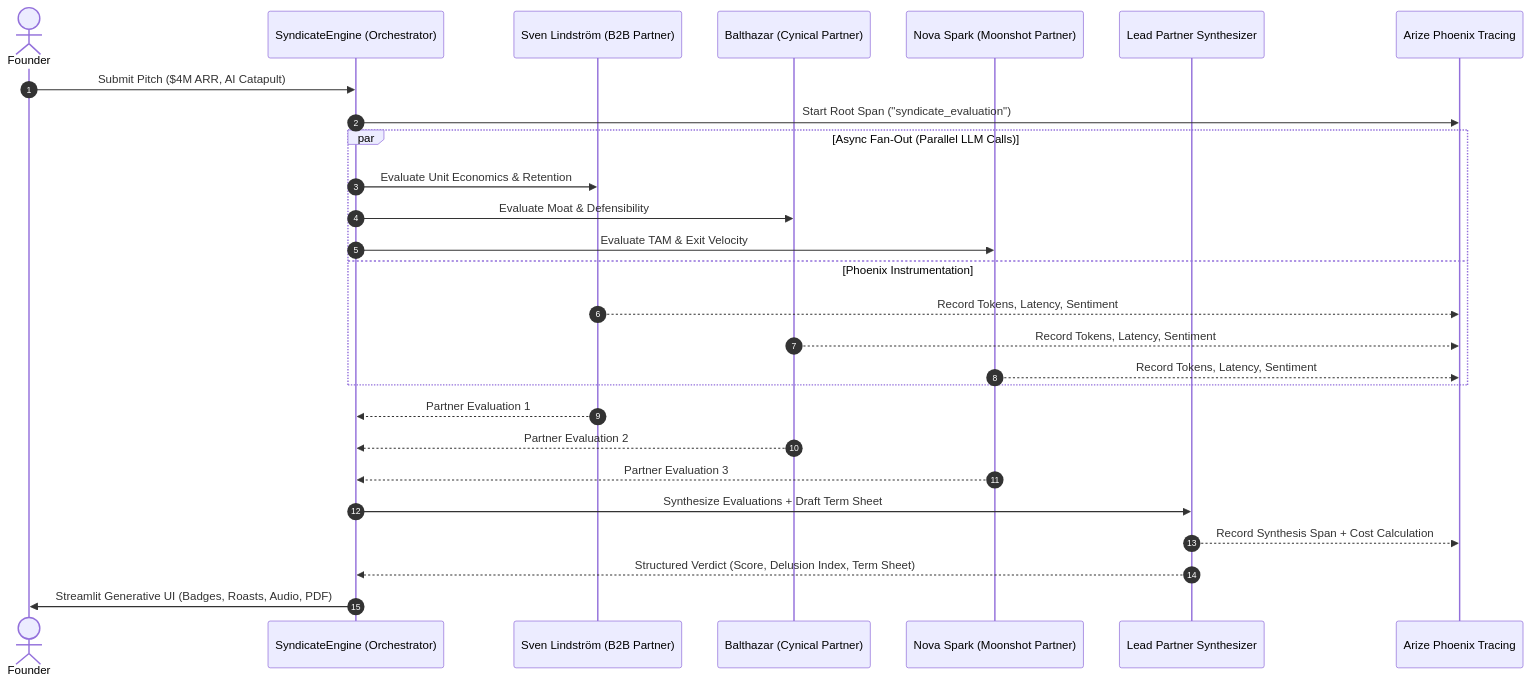
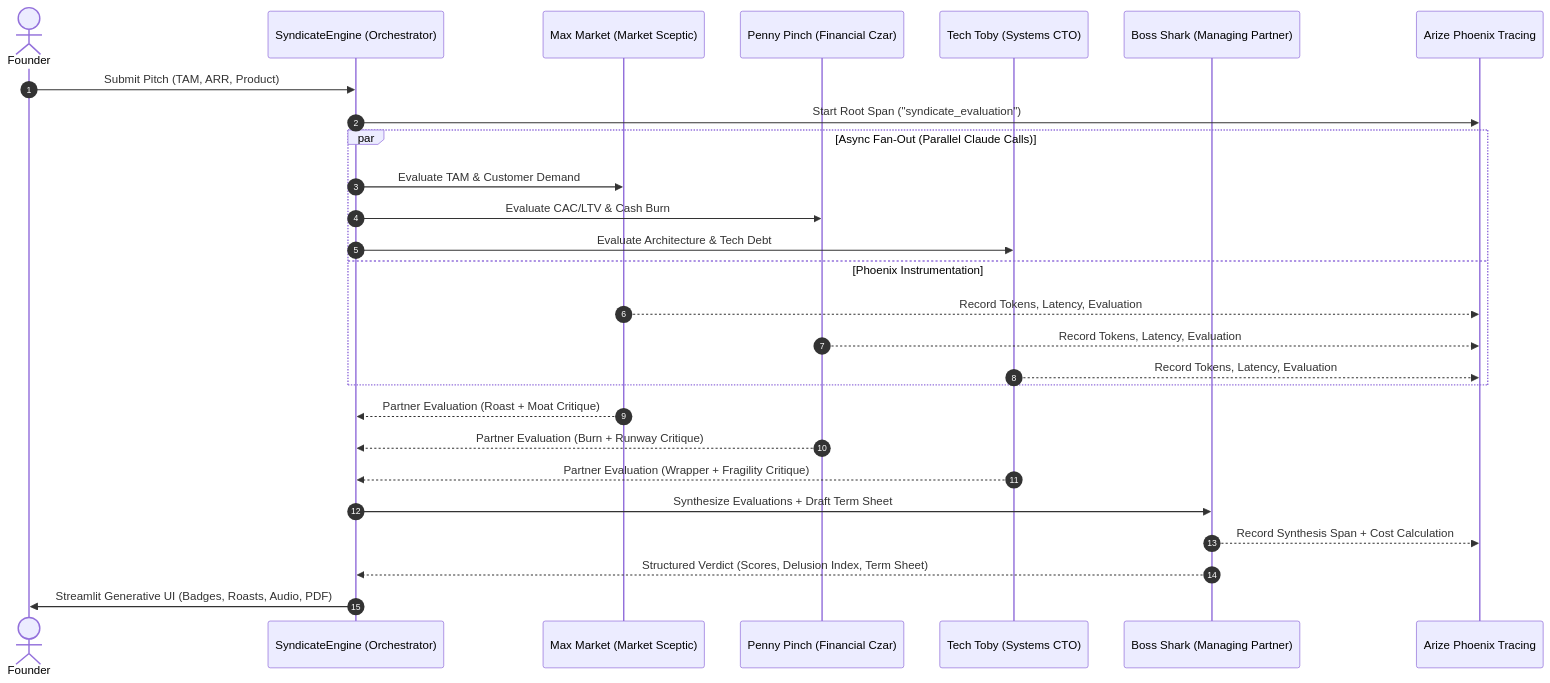
One commit to akkireddy-challa/pitchroast changed the second of 3 diagrams in ARCHITECTURE.md. Above: the diagram before and after it, drawn with Mermaid. The commit also changed other lines of this file and 9 other files, not shown here.

````diff
--- a/ARCHITECTURE.md
+++ b/ARCHITECTURE.md
@@ -58,33 +58,33 @@
 ```mermaid
 sequenceDiagram
     autonumber
     actor Founder as Founder
     participant Engine as SyndicateEngine (Orchestrator)
-    participant Sven as Sven Lindström (B2B Partner)
-    participant Balthazar as Balthazar (Cynical Partner)
-    participant Nova as Nova Spark (Moonshot Partner)
-    participant Lead as Lead Partner Synthesizer
+    participant Max as Max Market (Market Sceptic)
+    participant Penny as Penny Pinch (Financial Czar)
+    participant Toby as Tech Toby (Systems CTO)
+    participant Shark as Boss Shark (Managing Partner)
     participant Phoenix as Arize Phoenix Tracing
 
-    Founder->>Engine: Submit Pitch ($4M ARR, AI Catapult)
+    Founder->>Engine: Submit Pitch (TAM, ARR, Product)
     Engine->>Phoenix: Start Root Span ("syndicate_evaluation")
     
-    par Async Fan-Out (Parallel LLM Calls)
-        Engine->>Sven: Evaluate Unit Economics & Retention
-        Engine->>Balthazar: Evaluate Moat & Defensibility
-        Engine->>Nova: Evaluate TAM & Exit Velocity
+    par Async Fan-Out (Parallel Claude Calls)
+        Engine->>Max: Evaluate TAM & Customer Demand
+        Engine->>Penny: Evaluate CAC/LTV & Cash Burn
+        Engine->>Toby: Evaluate Architecture & Tech Debt
     and Phoenix Instrumentation
-        Sven-->>Phoenix: Record Tokens, Latency, Sentiment
-        Balthazar-->>Phoenix: Record Tokens, Latency, Sentiment
-        Nova-->>Phoenix: Record Tokens, Latency, Sentiment
+        Max-->>Phoenix: Record Tokens, Latency, Evaluation
+        Penny-->>Phoenix: Record Tokens, Latency, Evaluation
+        Toby-->>Phoenix: Record Tokens, Latency, Evaluation
     end
 
-    Sven-->>Engine: Partner Evaluation 1
-    Balthazar-->>Engine: Partner Evaluation 2
-    Nova-->>Engine: Partner Evaluation 3
+    Max-->>Engine: Partner Evaluation (Roast + Moat Critique)
+    Penny-->>Engine: Partner Evaluation (Burn + Runway Critique)
+    Toby-->>Engine: Partner Evaluation (Wrapper + Fragility Critique)
 
-    Engine->>Lead: Synthesize Evaluations + Draft Term Sheet
-    Lead-->>Phoenix: Record Synthesis Span + Cost Calculation
-    Lead-->>Engine: Structured Verdict (Score, Delusion Index, Term Sheet)
+    Engine->>Shark: Synthesize Evaluations + Draft Term Sheet
+    Shark-->>Phoenix: Record Synthesis Span + Cost Calculation
+    Shark-->>Engine: Structured Verdict (Scores, Delusion Index, Term Sheet)
     Engine->>Founder: Streamlit Generative UI (Badges, Roasts, Audio, PDF)
 ```
````
